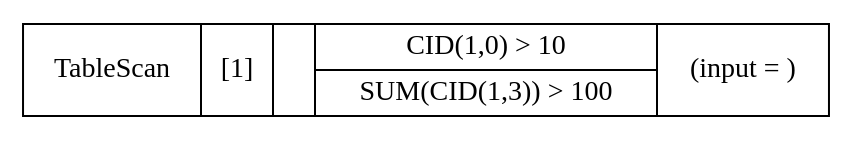
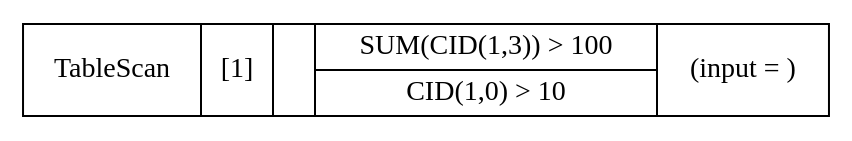
Before and after one commit to adarshpannu/kona: the diagram in plan.dot, drawn with Graphviz. The commit also changed 7 other files, not shown here.

Commit message:
Rename graph keys to *_key (vs *_id).

```diff
--- a/plan.dot
+++ b/plan.dot
@@ -1,7 +1,7 @@
 digraph example1 {
     node [shape=record];
     rankdir=BT;
     nodesep=0.5;
     ordering="in";
-    popnodePOPKey1v1[label="TableScan|[1]||{CID(1,0) \> 10|SUM(CID(1,3)) \> 100}|(input = )"];
+    popnodePOPKey1v1[label="TableScan|[1]||{SUM(CID(1,3)) \> 100|CID(1,0) \> 10}|(input = )"];
 }
```
